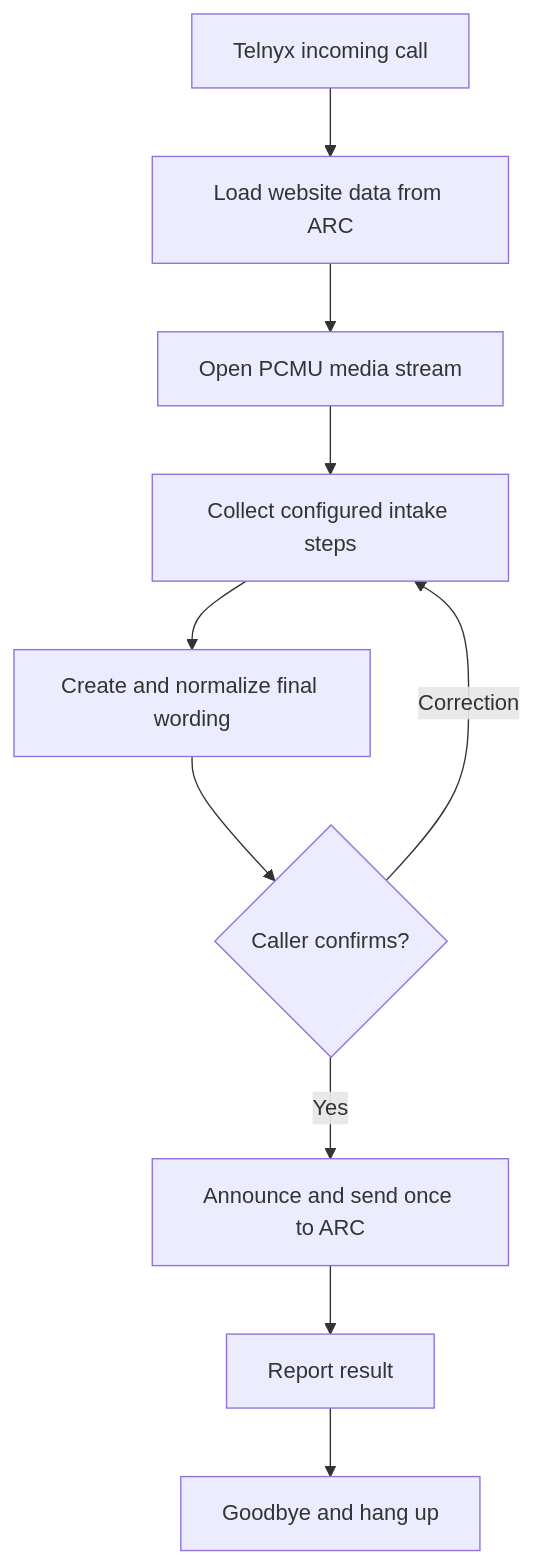
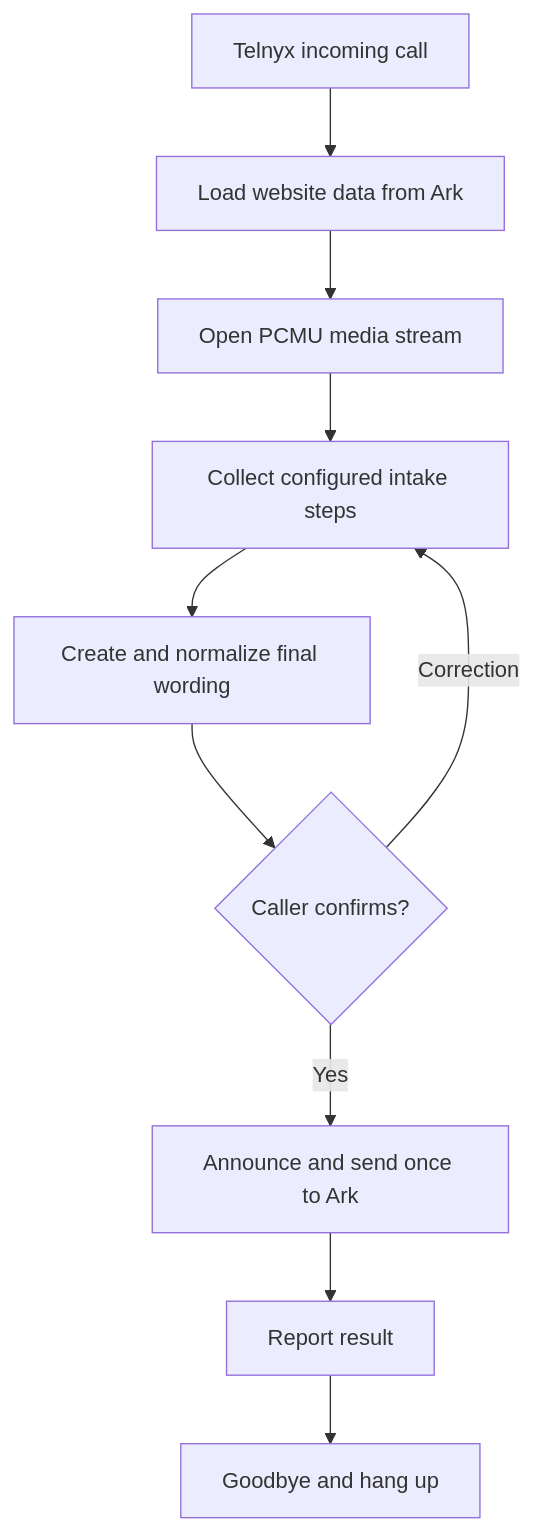
One commit to christensenandrew455-cell/tabor-painting-receptionist changed the diagram in README.md. Above: the diagram before and after it, drawn with Mermaid. The commit also changed other lines of this file and 13 other files, not shown here.

````diff
--- a/README.md
+++ b/README.md
@@ -66,12 +67,12 @@
 ```mermaid
 flowchart TD
-    A[Telnyx incoming call] --> B[Load website data from ARC]
+    A[Telnyx incoming call] --> B[Load website data from Ark]
     B --> C[Open PCMU media stream]
     C --> D[Collect configured intake steps]
     D --> E[Create and normalize final wording]
     E --> F{Caller confirms?}
     F -- Correction --> D
-    F -- Yes --> G[Announce and send once to ARC]
+    F -- Yes --> G[Announce and send once to Ark]
     G --> H[Report result]
     H --> I[Goodbye and hang up]
 ```
````
